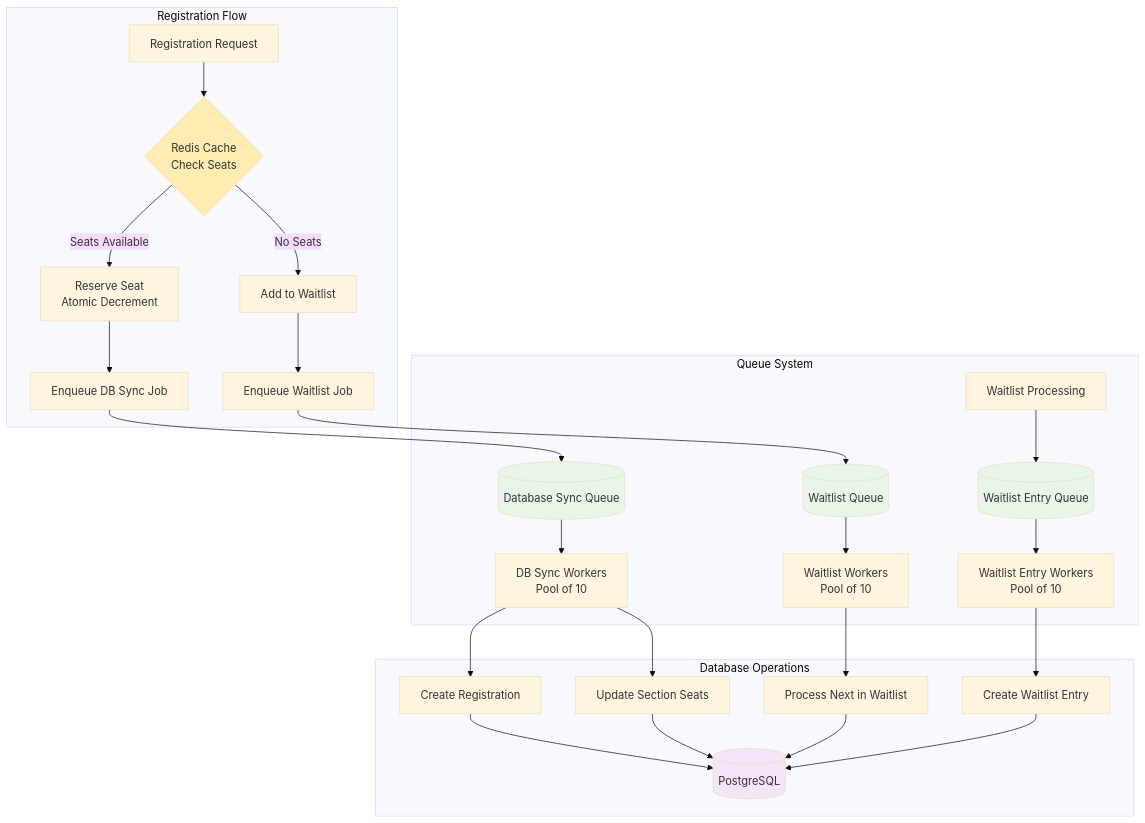
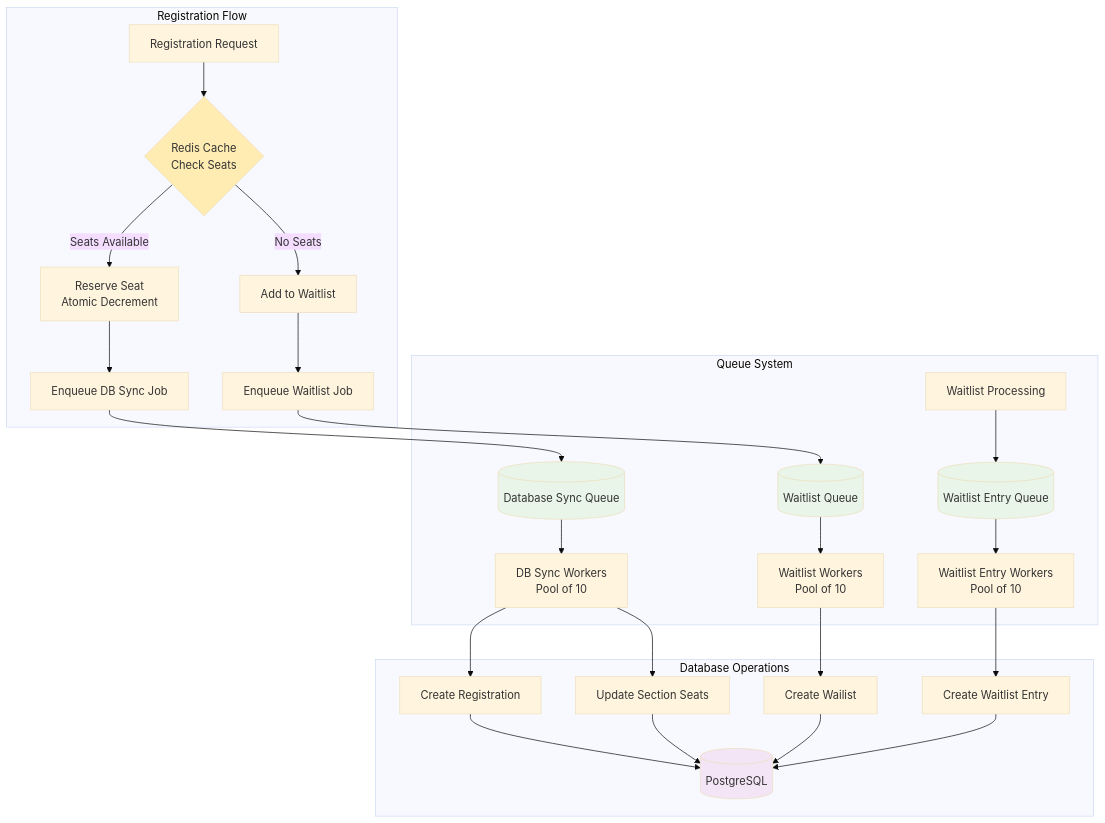
One commit to loingtan/not-to-see changed the third of 5 diagrams in docs/COURSE_REGISTRATION_ARCHITECTURE.md. Above: the diagram before and after it, drawn with Mermaid (base theme). The commit also changed other lines of this file and 55 other files, not shown here.

````diff
--- a/docs/COURSE_REGISTRATION_ARCHITECTURE.md
+++ b/docs/COURSE_REGISTRATION_ARCHITECTURE.md
@@ -91,38 +91,38 @@
 ```mermaid
 graph TB
     subgraph "Registration Flow"
         RegReq[Registration Request] --> Cache{Redis Cache<br/>Check Seats}
         Cache -->|Seats Available| Reserve[Reserve Seat<br/>Atomic Decrement]
         Cache -->|No Seats| Waitlist[Add to Waitlist]
         Reserve --> DBSync[Enqueue DB Sync Job]
         Waitlist --> WLJob[Enqueue Waitlist Job]
     end
     
     subgraph "Queue System"
         DBSync --> DBQueue[(Database Sync Queue)]
         WLJob --> WLQueue[(Waitlist Queue)]
         WLProc[Waitlist Processing] --> WLEntryQueue[(Waitlist Entry Queue)]
         
         DBQueue --> DBWorker[DB Sync Workers<br/>Pool of 10]
         WLQueue --> WLWorker[Waitlist Workers<br/>Pool of 10]
         WLEntryQueue --> WLEntryWorker[Waitlist Entry Workers<br/>Pool of 10]
     end
     
     subgraph "Database Operations"
         DBWorker --> CreateReg[Create Registration]
         DBWorker --> UpdateSeats[Update Section Seats]
-        WLWorker --> ProcessNext[Process Next in Waitlist]
+        WLWorker --> ProcessNext[Create Wailist]
         WLEntryWorker --> CreateWL[Create Waitlist Entry]
         
         CreateReg --> DB[(PostgreSQL)]
         UpdateSeats --> DB
         ProcessNext --> DB
         CreateWL --> DB
     end
     
     style Cache fill:#ffecb3
     style DBQueue fill:#e8f5e8
     style WLQueue fill:#e8f5e8
     style WLEntryQueue fill:#e8f5e8
     style DB fill:#f3e5f5
 ```
````
